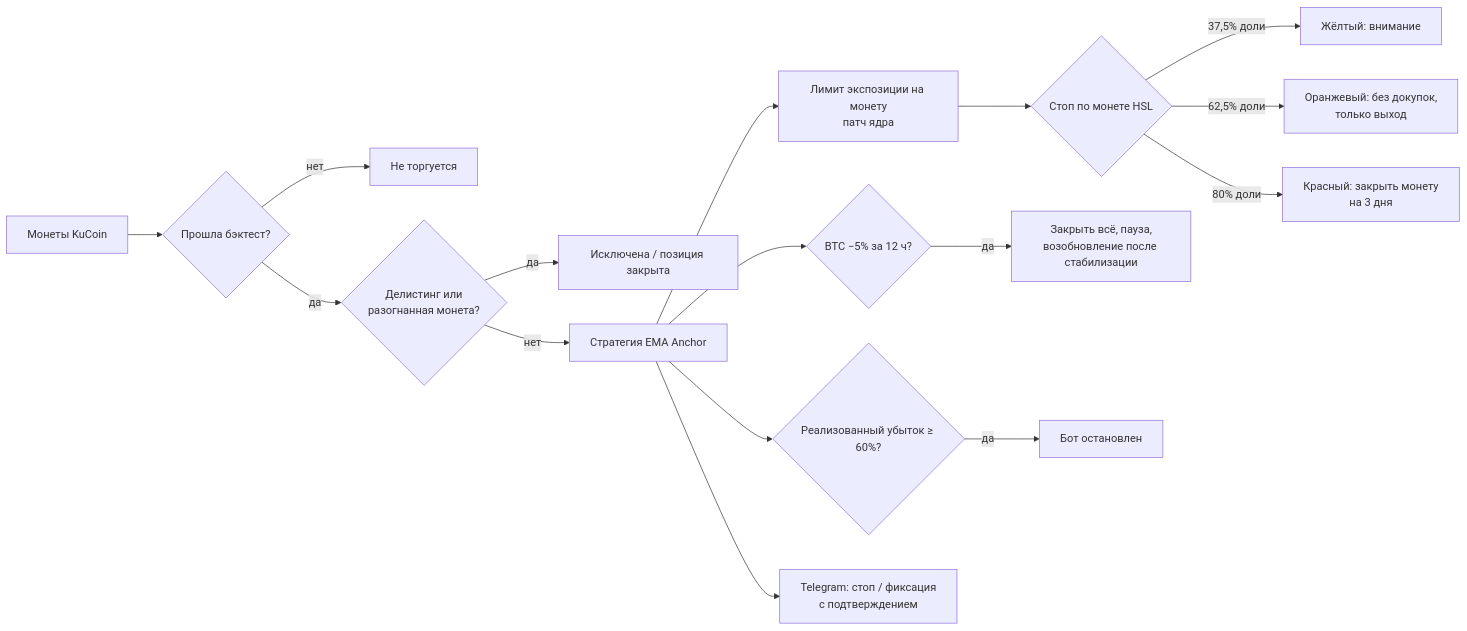
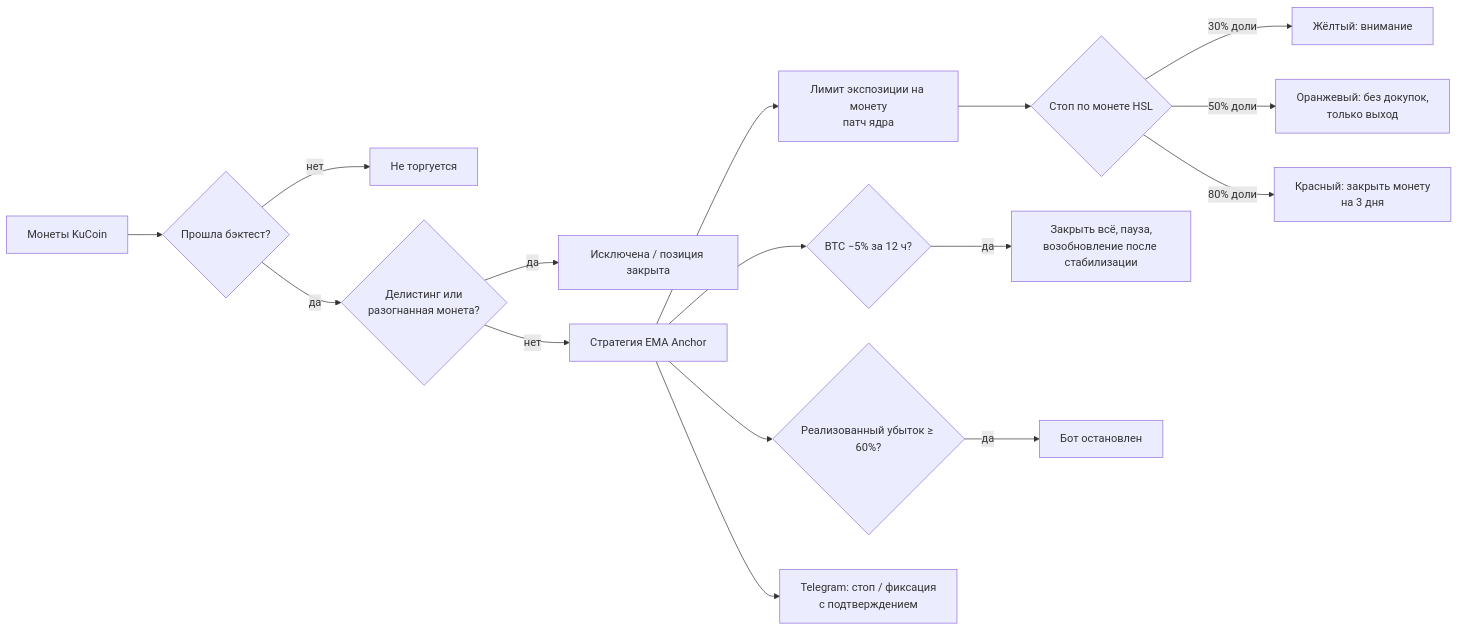
The diagram in README.ru.md (edlianyandex-commits/kucoin-turbo-bot), drawn with Mermaid before and after one commit. The commit also changed other lines of this file and 1 other file, not shown here.

Commit message:
docs: fix HSL tier thresholds (30/50/80%) and trailing_grid_v7 name

````diff
--- a/README.ru.md
+++ b/README.ru.md
@@ -180,18 +180,18 @@
 ```mermaid
 flowchart LR
     A[Монеты KuCoin] --> B{Прошла бэктест?}
     B -- нет --> X1[Не торгуется]
     B -- да --> C{Делистинг или<br/>разогнанная монета?}
     C -- да --> X2[Исключена / позиция закрыта]
     C -- нет --> D[Стратегия EMA Anchor]
     D --> E[Лимит экспозиции на монету<br/>патч ядра]
     E --> F{Стоп по монете HSL}
-    F -- 37,5% доли --> F1[Жёлтый: внимание]
-    F -- 62,5% доли --> F2[Оранжевый: без докупок,<br/>только выход]
+    F -- 30% доли --> F1[Жёлтый: внимание]
+    F -- 50% доли --> F2[Оранжевый: без докупок,<br/>только выход]
     F -- 80% доли --> F3[Красный: закрыть монету<br/>на 3 дня]
     D --> G{BTC −5% за 12 ч?}
     G -- да --> G1[Закрыть всё, пауза,<br/>возобновление после стабилизации]
     D --> H{Реализованный убыток ≥ 60%?}
     H -- да --> H1[Бот остановлен]
     D --> I[Telegram: стоп / фиксация<br/>с подтверждением]
 ```
````
